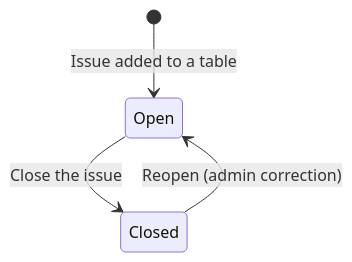
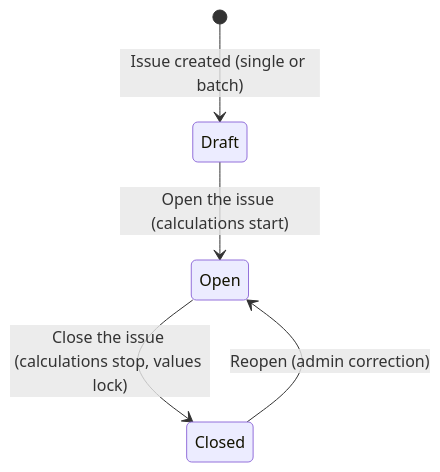
The first of 10 diagrams in docs/finances_flow_v1.md (uwblueprint/beach-metro), drawn with Mermaid before and after one commit. The commit also changed other lines of this file, not shown here.

````diff
--- a/docs/finances_flow_v1.md
+++ b/docs/finances_flow_v1.md
@@ -56,6 +56,7 @@
 ```mermaid
 stateDiagram-v2
-    [*] --> Open: Issue added to a table
-    Open --> Closed: Close the issue
+    [*] --> Draft: Issue created (single or batch)
+    Draft --> Open: Open the issue (calculations start)
+    Open --> Closed: Close the issue (calculations stop, values lock)
     Closed --> Open: Reopen (admin correction)
 ```
````
